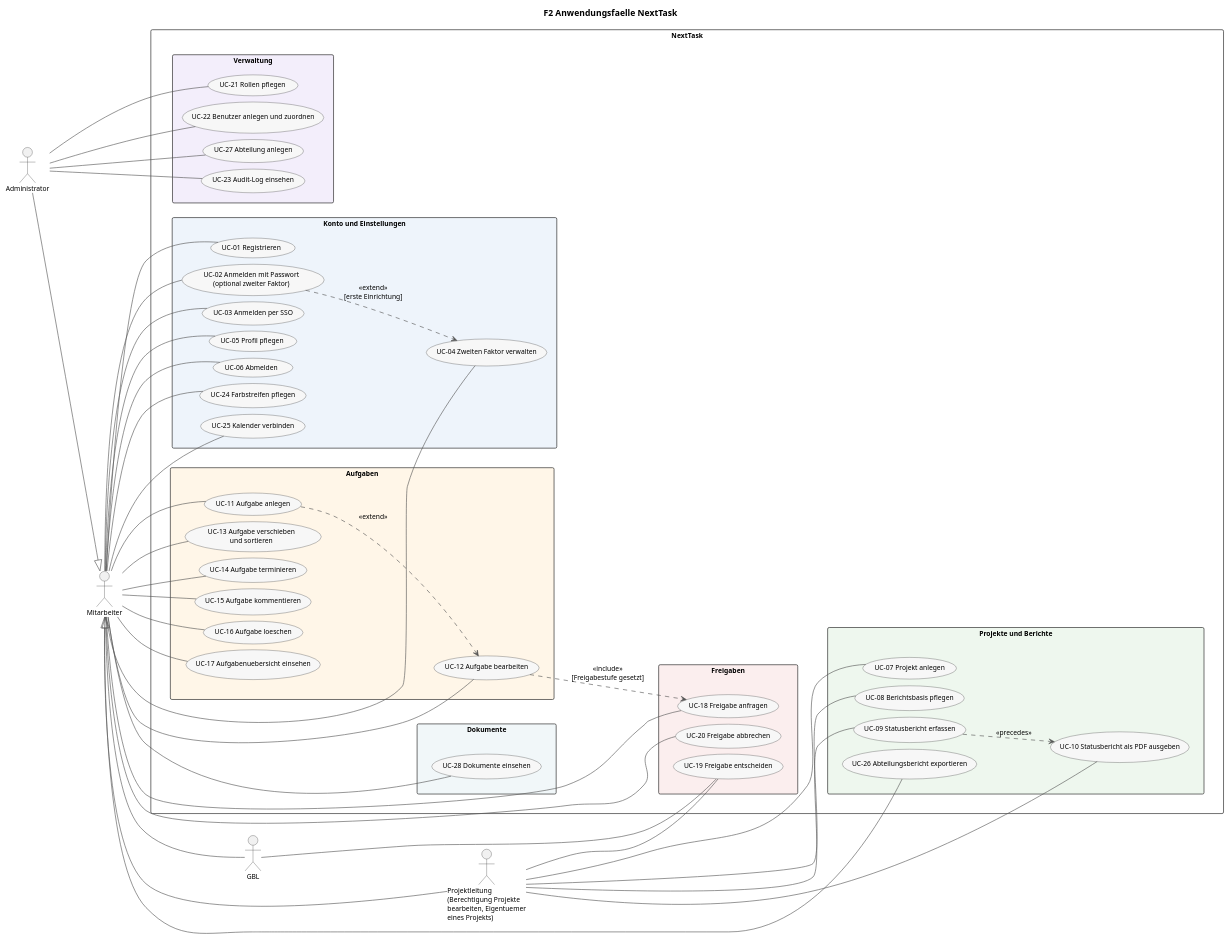
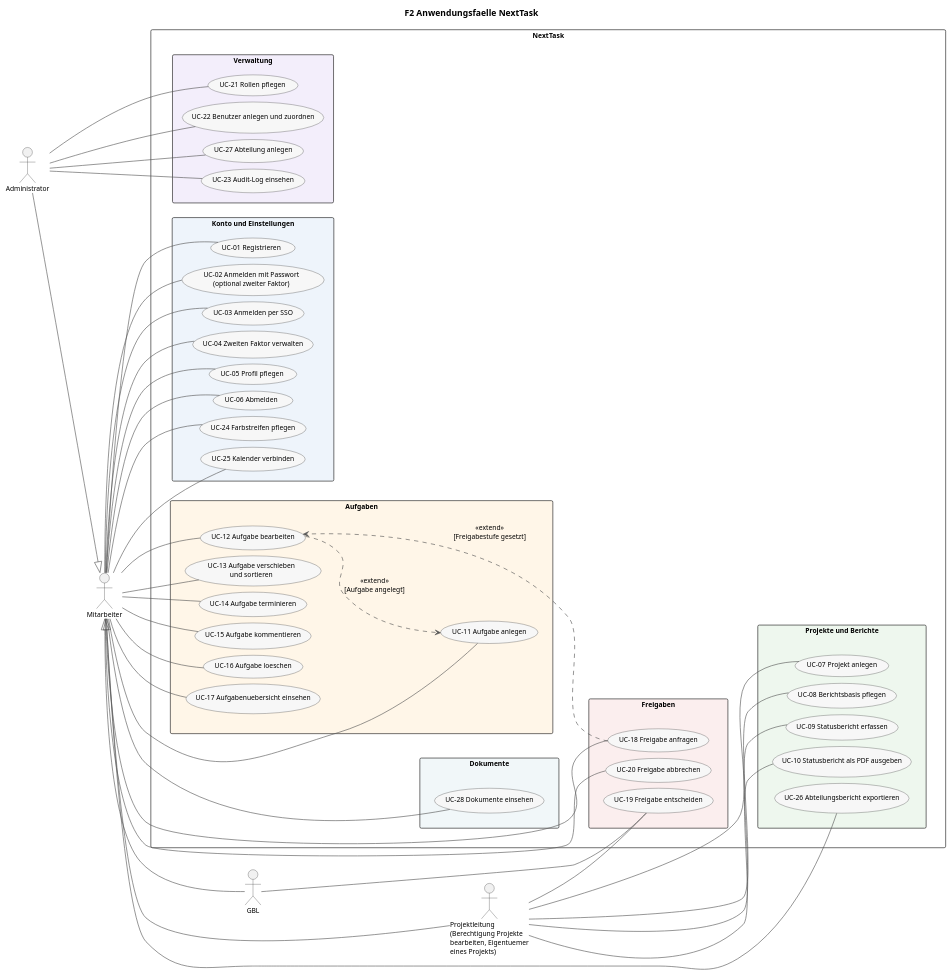
One commit to Jonas-Aaron-Raab/NextTask changed the diagram in docs/spec/diagrams/f2-anwendungsfaelle.plantuml. Above: the diagram before and after it, drawn with PlantUML. The commit also changed 6 other files, not shown here.

First line of the commit message:
docs: fix review findings in specification, architecture and TEAMINFO

```diff
--- a/docs/spec/diagrams/f2-anwendungsfaelle.plantuml
+++ b/docs/spec/diagrams/f2-anwendungsfaelle.plantuml
@@ -1,127 +1,126 @@
 @startuml f2-anwendungsfaelle
 skinparam shadowing false
 skinparam defaultFontName Helvetica
 skinparam defaultFontSize 11
 skinparam ArrowColor #555555
 skinparam packageStyle rectangle
 skinparam usecase {
   BackgroundColor #F7F7F7
   BorderColor #333333
 }
 skinparam actorBorderColor #333333
 skinparam nodesep 10
 skinparam ranksep 60
 left to right direction
 
 title F2 Anwendungsfaelle NextTask
 
 ' Akteure links, von oben nach unten in der Reihenfolge der Pakete,
 ' mit denen sie verbunden sind. Projektleitung, GBL und Administrator
 ' sind Spezialisierungen von Mitarbeiter: Sie koennen alles, was ein
 ' Mitarbeiter kann, und zusaetzlich die hier gezeichneten Faelle.
 ' Unterstuetzende Nachbarsysteme (Identity Provider, Google Calendar,
 ' SMTP) sind nicht gezeichnet; siehe P2 und S1.
 
 actor "Administrator" as ADM
 actor "Mitarbeiter" as MA
 actor "GBL" as GBL
 actor "Projektleitung\n(Berechtigung Projekte\nbearbeiten, Eigentuemer\neines Projekts)" as PL
 
 rectangle "NextTask" {
   package "Verwaltung" #F3EEFB {
     usecase "UC-21 Rollen pflegen" as UC21
     usecase "UC-22 Benutzer anlegen und zuordnen" as UC22
     usecase "UC-27 Abteilung anlegen" as UC27
     usecase "UC-23 Audit-Log einsehen" as UC23
   }
   package "Konto und Einstellungen" #EEF4FB {
     usecase "UC-01 Registrieren" as UC01
     usecase "UC-02 Anmelden mit Passwort\n(optional zweiter Faktor)" as UC02
     usecase "UC-03 Anmelden per SSO" as UC03
     usecase "UC-04 Zweiten Faktor verwalten" as UC04
     usecase "UC-05 Profil pflegen" as UC05
     usecase "UC-06 Abmelden" as UC06
     usecase "UC-24 Farbstreifen pflegen" as UC24
     usecase "UC-25 Kalender verbinden" as UC25
   }
   package "Aufgaben" as AUF #FFF6E8 {
     usecase "UC-11 Aufgabe anlegen" as UC11
     usecase "UC-12 Aufgabe bearbeiten" as UC12
     usecase "UC-13 Aufgabe verschieben\nund sortieren" as UC13
     usecase "UC-14 Aufgabe terminieren" as UC14
     usecase "UC-15 Aufgabe kommentieren" as UC15
     usecase "UC-16 Aufgabe loeschen" as UC16
     usecase "UC-17 Aufgabenuebersicht einsehen" as UC17
   }
   package "Dokumente" as DOK #F1F7F9 {
     usecase "UC-28 Dokumente einsehen" as UC28
   }
   package "Freigaben" as FRE #FBEEEE {
     usecase "UC-18 Freigabe anfragen" as UC18
     usecase "UC-19 Freigabe entscheiden" as UC19
     usecase "UC-20 Freigabe abbrechen" as UC20
   }
   package "Projekte und Berichte" as PRJ #EEF7EE {
     usecase "UC-07 Projekt anlegen" as UC07
     usecase "UC-08 Berichtsbasis pflegen" as UC08
     usecase "UC-09 Statusbericht erfassen" as UC09
     usecase "UC-10 Statusbericht als PDF ausgeben" as UC10
     usecase "UC-26 Abteilungsbericht exportieren" as UC26
   }
 }
 
 ' Administrator
 ADM -- UC21
 ADM -- UC22
 ADM -- UC27
 ADM -- UC23
 
 ' Mitarbeiter
 MA -- UC01
 MA -- UC02
 MA -- UC03
 MA -- UC04
 MA -- UC05
 MA -- UC06
 MA -- UC24
 MA -- UC25
 MA -- UC11
 MA -- UC12
 MA -- UC13
 MA -- UC14
 MA -- UC15
 MA -- UC16
 MA -- UC17
 MA -- UC28
 MA -- UC18
 MA -- UC20
 MA -- UC26
 
 ' GBL
 GBL -- UC19
 
 ' Projektleitung
 PL -- UC19
 PL -- UC07
 PL -- UC08
 PL -- UC09
 PL -- UC10
 
 ' Spezialisierung
 ADM -[hidden]down- MA
 MA -[hidden]down- GBL
 GBL -[hidden]down- PL
 ADM --|> MA
 GBL --|> MA
 PL --|> MA
 
 AUF -[hidden]down- DOK
 DOK -[hidden]down- FRE
 FRE -[hidden]down- PRJ
 
-' Beziehungen zwischen Anwendungsfaellen
-UC02 ..> UC04 : <<extend>>\n[erste Einrichtung]
-UC11 ..> UC12 : <<extend>>
-UC12 ..> UC18 : <<include>>\n[Freigabestufe gesetzt]
-UC09 ..> UC10 : <<precedes>>
+' Beziehungen zwischen Anwendungsfaellen: extend zeigt vom
+' erweiternden auf den erweiterten Anwendungsfall
+UC12 ..> UC11 : <<extend>>\n[Aufgabe angelegt]
+UC18 ..> UC12 : <<extend>>\n[Freigabestufe gesetzt]
 @enduml
```
